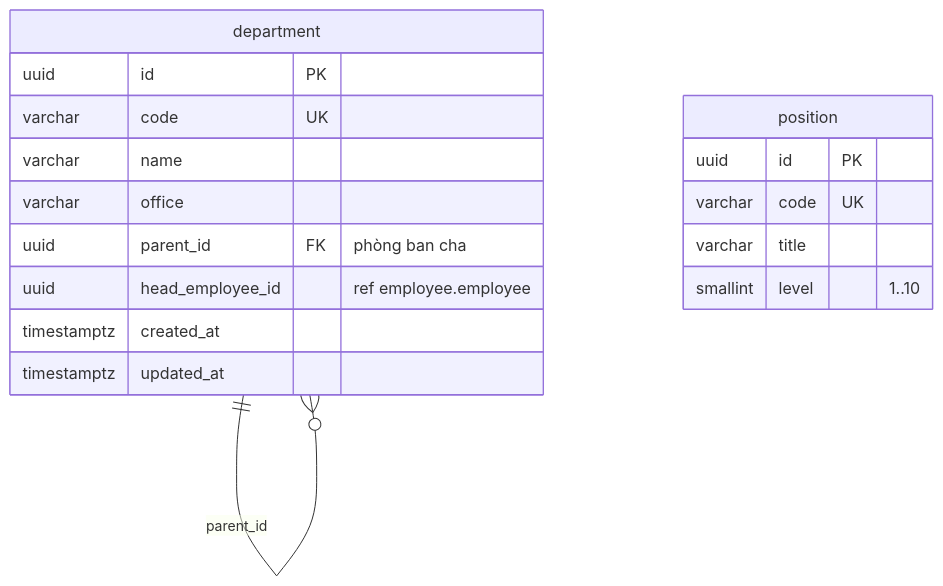
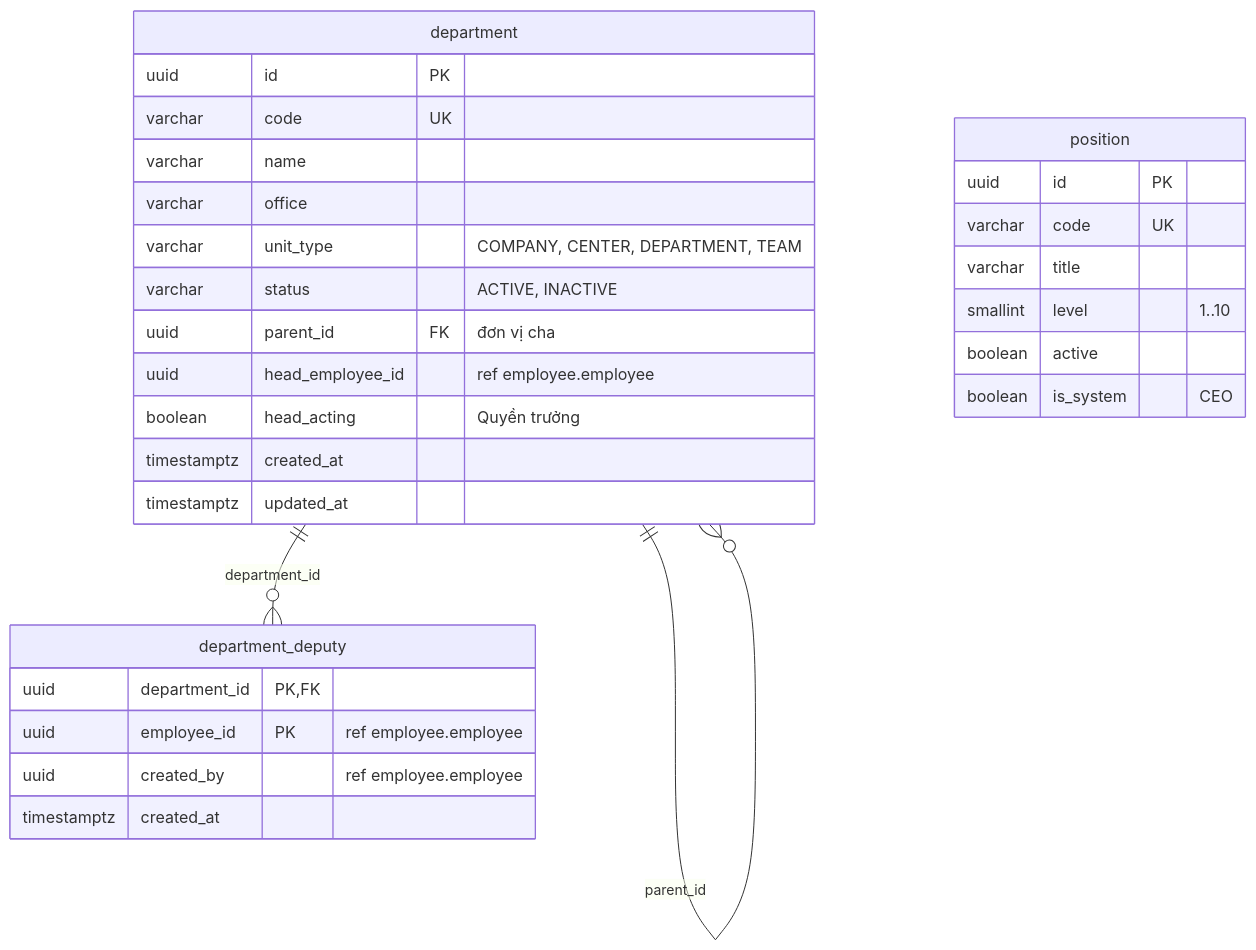
One commit to Acerchicken/HR-Enterprise-Platform changed the third of 7 diagrams in docs/architecture/database-schema.md. Above: the diagram before and after it, drawn with Mermaid. The commit also changed other lines of this file and 13 other files, not shown here.

First line of the commit message:
docs: rà tài liệu sau khi code xong UC2 (schema, SAD, SRS, ma trận phân quyền)

````diff
--- a/docs/architecture/database-schema.md
+++ b/docs/architecture/database-schema.md
@@ -146,20 +151,32 @@
 ```mermaid
 erDiagram
   department ||--o{ department : "parent_id"
+  department ||--o{ department_deputy : "department_id"
   department {
     uuid id PK
     varchar code UK
     varchar name
     varchar office
-    uuid parent_id FK "phòng ban cha"
+    varchar unit_type "COMPANY, CENTER, DEPARTMENT, TEAM"
+    varchar status "ACTIVE, INACTIVE"
+    uuid parent_id FK "đơn vị cha"
     uuid head_employee_id "ref employee.employee"
+    boolean head_acting "Quyền trưởng"
     timestamptz created_at
     timestamptz updated_at
+  }
+  department_deputy {
+    uuid department_id PK, FK
+    uuid employee_id PK "ref employee.employee"
+    uuid created_by "ref employee.employee"
+    timestamptz created_at
   }
   position {
     uuid id PK
     varchar code UK
     varchar title
     smallint level "1..10"
+    boolean active
+    boolean is_system "CEO"
   }
 ```
````
